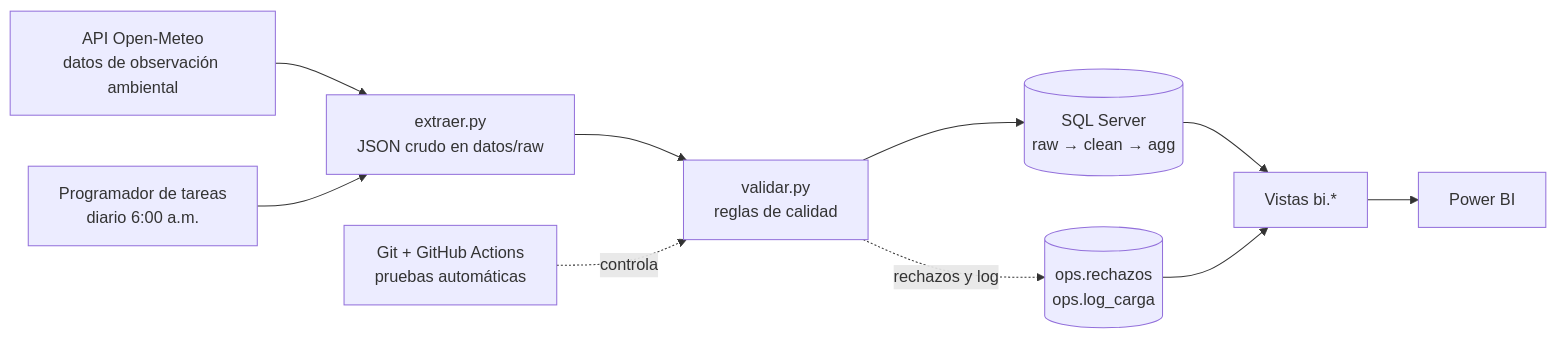
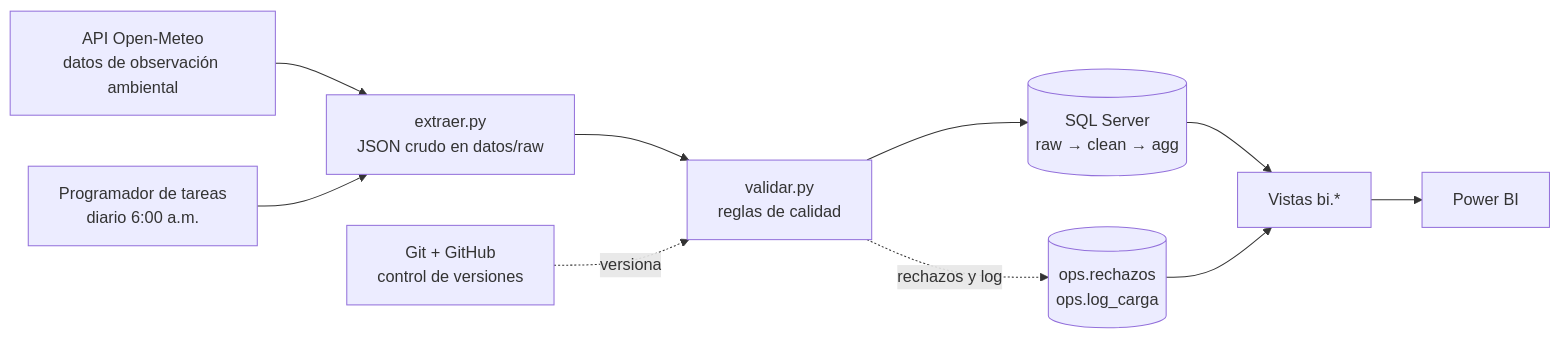
One commit to jneration/clima-sdq-dataops changed the diagram in README.md. Above: the diagram before and after it, drawn with Mermaid. The commit also changed 2 other files, not shown here.

Commit message:
Retirar workflow de GitHub Actions (bloqueo de facturacion); pruebas se ejecutan en local

````diff
--- a/README.md
+++ b/README.md
@@ -7,12 +7,12 @@
 ```mermaid
 flowchart LR
     A[API Open-Meteo<br/>datos de observación ambiental] --> B[extraer.py<br/>JSON crudo en datos/raw]
     B --> C[validar.py<br/>reglas de calidad]
     C --> D[(SQL Server<br/>raw → clean → agg)]
     C -.rechazos y log.-> E[(ops.rechazos<br/>ops.log_carga)]
     D --> F[Vistas bi.*]
     E --> F
     F --> G[Power BI]
     H[Programador de tareas<br/>diario 6:00 a.m.] --> B
-    I[Git + GitHub Actions<br/>pruebas automáticas] -.controla.-> C
+    I[Git + GitHub<br/>control de versiones] -.versiona.-> C
 ```
````
